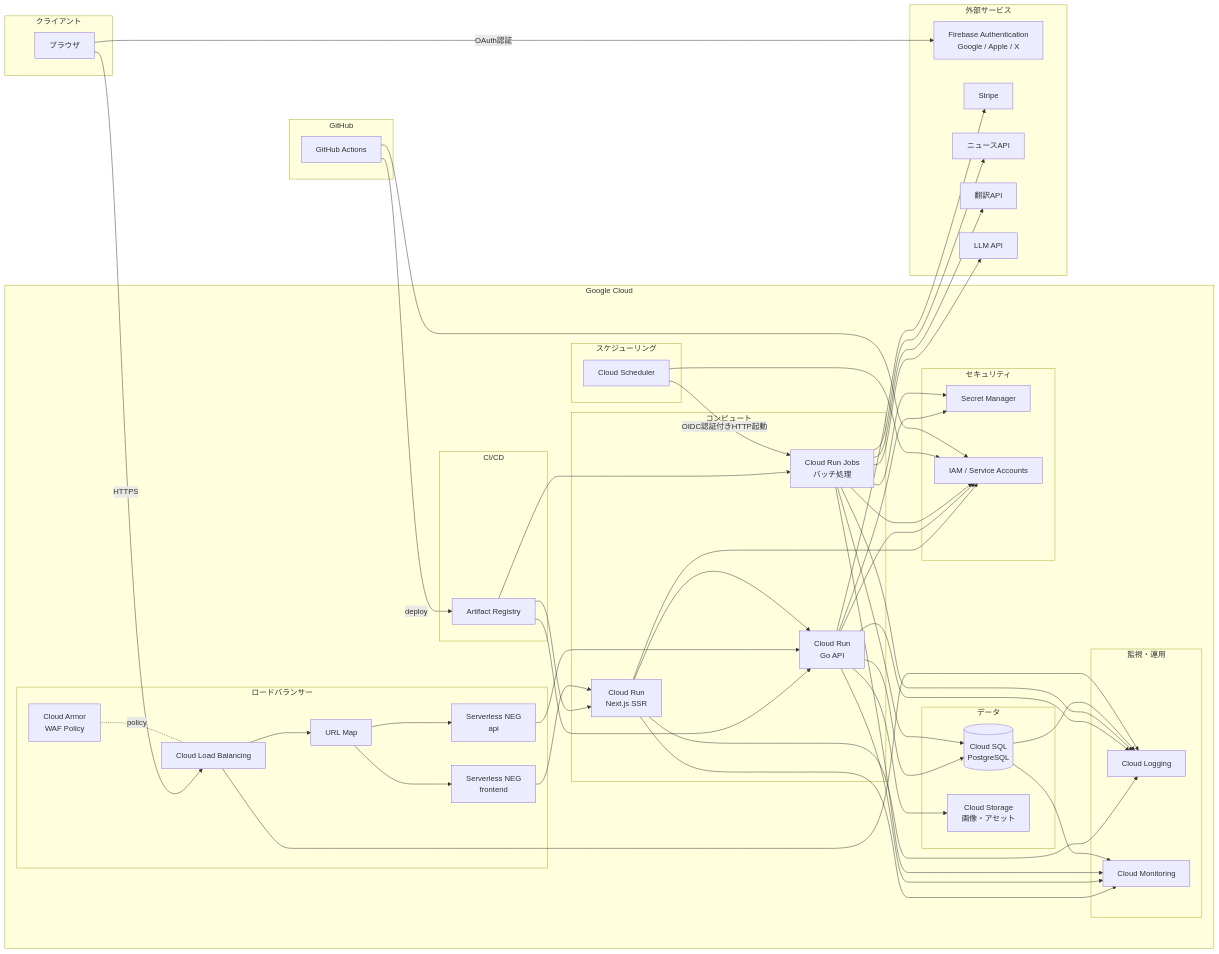
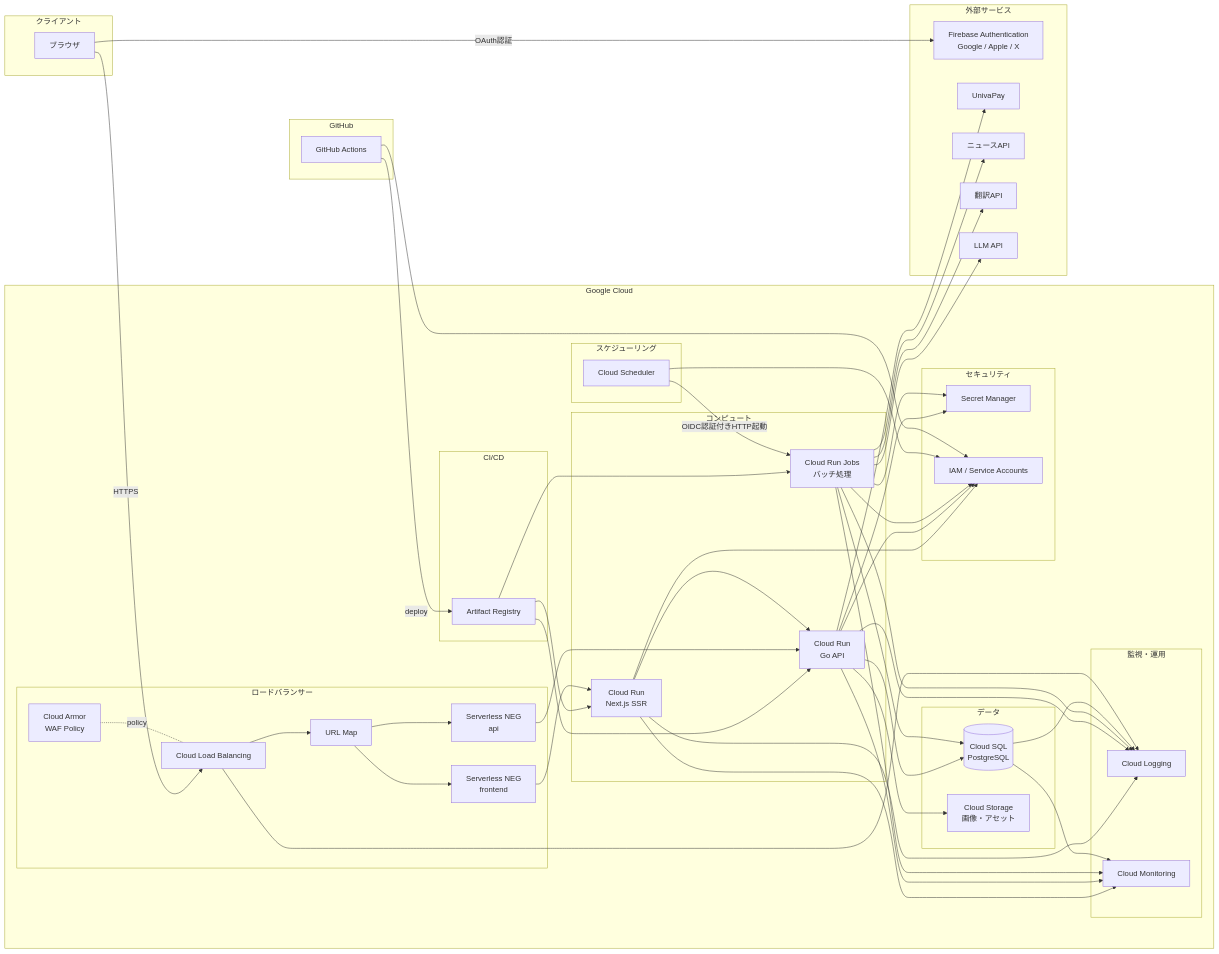
Before and after one commit to RRRRRRR-777/SikouLab: the diagram in docs/versions/1_0_0/infrastructure.md, drawn with Mermaid. The commit also changed other lines of this file and 110 other files, not shown here.

```diff
--- a/docs/versions/1_0_0/infrastructure.md
+++ b/docs/versions/1_0_0/infrastructure.md
@@ -75,7 +75,7 @@
 
     subgraph External[外部サービス]
         FirebaseAuth[Firebase Authentication<br>Google / Apple / X]
-        Stripe[Stripe]
+        UnivaPay[UnivaPay]
         NewsAPI[ニュースAPI]
         TranslateAPI[翻訳API]
         LLM[LLM API]
@@ -103,7 +103,7 @@
     Scheduler_SVC -->|OIDC認証付きHTTP起動| Jobs
 
     Browser -->|OAuth認証| FirebaseAuth
-    BE --> Stripe
+    BE --> UnivaPay
     Jobs --> NewsAPI
     Jobs --> TranslateAPI
     Jobs --> LLM
```
